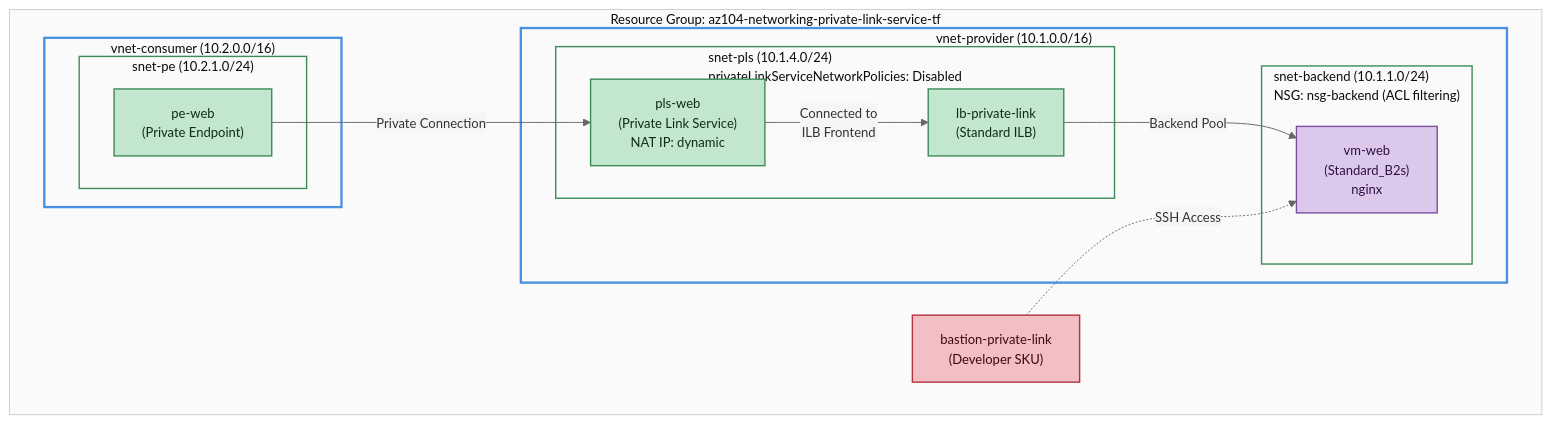
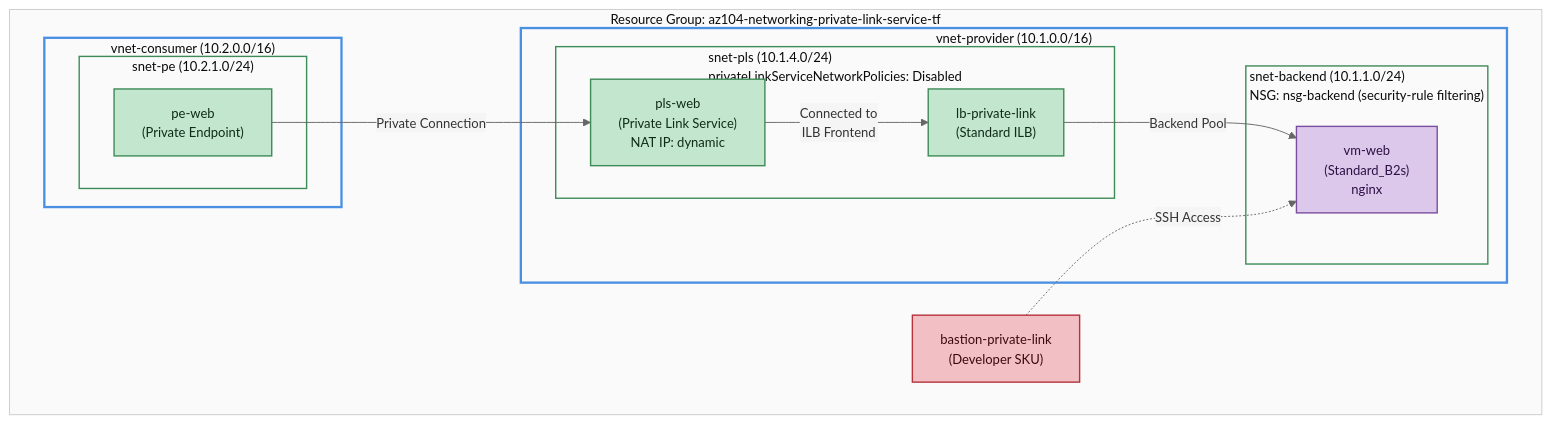
One commit to Greg-T8/LearningAzure changed the diagram in AZ-104/hands-on-labs/networking/lab-private-link-service/README.md. Above: the diagram before and after it, drawn with Mermaid. The commit also changed other lines of this file, not shown here.

Commit message:
fix: Update README to clarify NSG security rules terminology for Private Link Service lab

````diff
--- a/AZ-104/hands-on-labs/networking/lab-private-link-service/README.md
+++ b/AZ-104/hands-on-labs/networking/lab-private-link-service/README.md
@@ -64,55 +64,55 @@
 ```mermaid
 %%{init: {
   "theme": "base",
   "themeVariables": {
     "background": "#F5F5F5",
     "primaryColor": "#E8E8E8",
     "primaryTextColor": "#333333",
     "primaryBorderColor": "#999999",
     "lineColor": "#666666",
     "clusterBkg": "#FAFAFA",
     "clusterBorder": "#CCCCCC",
     "edgeLabelBackground": "#F5F5F5",
     "fontFamily": "Segoe UI, Roboto, Arial, sans-serif",
     "fontSize": "14px"
   }
 }}%%
 graph TB
     subgraph RG["Resource Group: az104-networking-private-link-service-tf"]
 
         Bastion["bastion-private-link<br/>(Developer SKU)"]:::security
 
         subgraph ProviderVNet["vnet-provider (10.1.0.0/16)"]
             subgraph PlsSubnet["snet-pls (10.1.4.0/24)<br/>privateLinkServiceNetworkPolicies: Disabled"]
                 LB["lb-private-link<br/>(Standard ILB)"]:::network
                 PLS["pls-web<br/>(Private Link Service)<br/>NAT IP: dynamic"]:::network
             end
 
-            subgraph BackendSubnet["snet-backend (10.1.1.0/24)<br/>NSG: nsg-backend (ACL filtering)"]
+            subgraph BackendSubnet["snet-backend (10.1.1.0/24)<br/>NSG: nsg-backend (security-rule filtering)"]
                 VM["vm-web<br/>(Standard_B2s)<br/>nginx"]:::compute
             end
         end
 
         subgraph ConsumerVNet["vnet-consumer (10.2.0.0/16)"]
             subgraph PeSubnet["snet-pe (10.2.1.0/24)"]
                 PE["pe-web<br/>(Private Endpoint)"]:::network
             end
         end
     end
 
     LB -->|"Backend Pool"| VM
     PLS -->|"Connected to<br/>ILB Frontend"| LB
     PE -->|"Private Connection"| PLS
     Bastion -.->|"SSH Access"| VM
 
     classDef compute    fill:#DCC8EB,stroke:#7B4FA0,color:#2D1045,stroke-width:1.5px;
     classDef network    fill:#C2E6CE,stroke:#3D8B57,color:#102B18,stroke-width:1.5px;
     classDef security   fill:#F2C0C4,stroke:#B5333D,color:#3A0A0E,stroke-width:1.5px;
     classDef storage    fill:#FDE0B8,stroke:#C07A1A,color:#2A1800,stroke-width:1.5px;
 
     style ProviderVNet stroke:#4A90E2,stroke-width:2.5px
     style ConsumerVNet stroke:#4A90E2,stroke-width:2.5px
     style PlsSubnet stroke:#3D8B57,stroke-width:1.5px
     style BackendSubnet stroke:#3D8B57,stroke-width:1.5px
     style PeSubnet stroke:#3D8B57,stroke-width:1.5px
 ```
````
